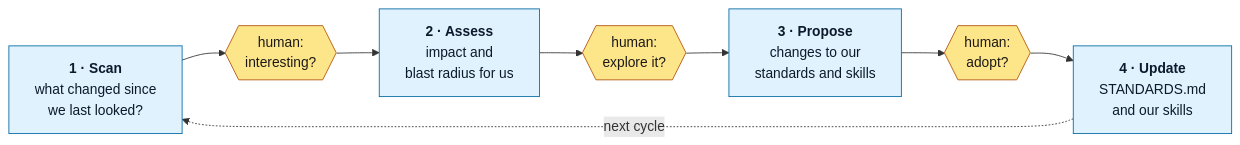
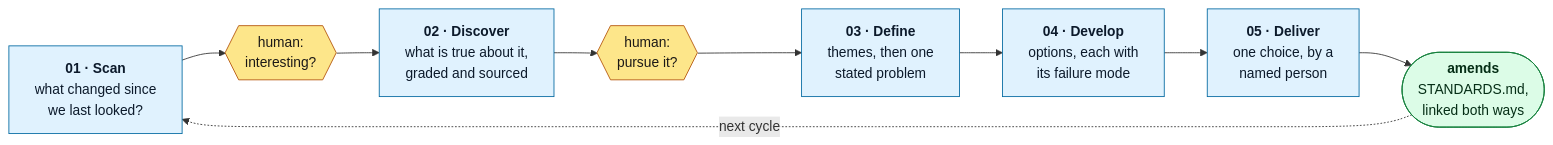
The diagram in README.md (Okja-Engineering/ai-native-sdlc), drawn with Mermaid before and after one commit. The commit also changed other lines of this file and 7 other files, not shown here.

First line of the commit message:
feat: a decision now lands in STANDARDS.md, linked both ways

````diff
--- a/README.md
+++ b/README.md
@@ -21,18 +21,21 @@
 ```mermaid
 flowchart LR
-    S["<b>1 · Scan</b><br/>what changed since<br/>we last looked?"]
+    S["<b>01 · Scan</b><br/>what changed since<br/>we last looked?"]
     G1{{"human:<br/>interesting?"}}
-    A["<b>2 · Assess</b><br/>impact and<br/>blast radius for us"]
-    G2{{"human:<br/>explore it?"}}
-    P["<b>3 · Propose</b><br/>changes to our<br/>standards and skills"]
-    G3{{"human:<br/>adopt?"}}
-    U["<b>4 · Update</b><br/>STANDARDS.md<br/>and our skills"]
+    D["<b>02 · Discover</b><br/>what is true about it,<br/>graded and sourced"]
+    G2{{"human:<br/>pursue it?"}}
+    F["<b>03 · Define</b><br/>themes, then one<br/>stated problem"]
+    V["<b>04 · Develop</b><br/>options, each with<br/>its failure mode"]
+    L["<b>05 · Deliver</b><br/>one choice, by a<br/>named person"]
+    U(["<b>amends</b><br/>STANDARDS.md,<br/>linked both ways"])
 
-    S --> G1 --> A --> G2 --> P --> G3 --> U
+    S --> G1 --> D --> G2 --> F --> V --> L --> U
     U -. "next cycle" .-> S
 
     classDef human fill:#fde68a,stroke:#b45309,color:#1c1917
     classDef step fill:#e0f2fe,stroke:#0369a1,color:#0c1a2b
-    class G1,G2,G3 human
-    class S,A,P,U step
+    classDef out fill:#dcfce7,stroke:#15803d,color:#052e16
+    class G1,G2 human
+    class S,D,F,V,L step
+    class U out
 ```
````
